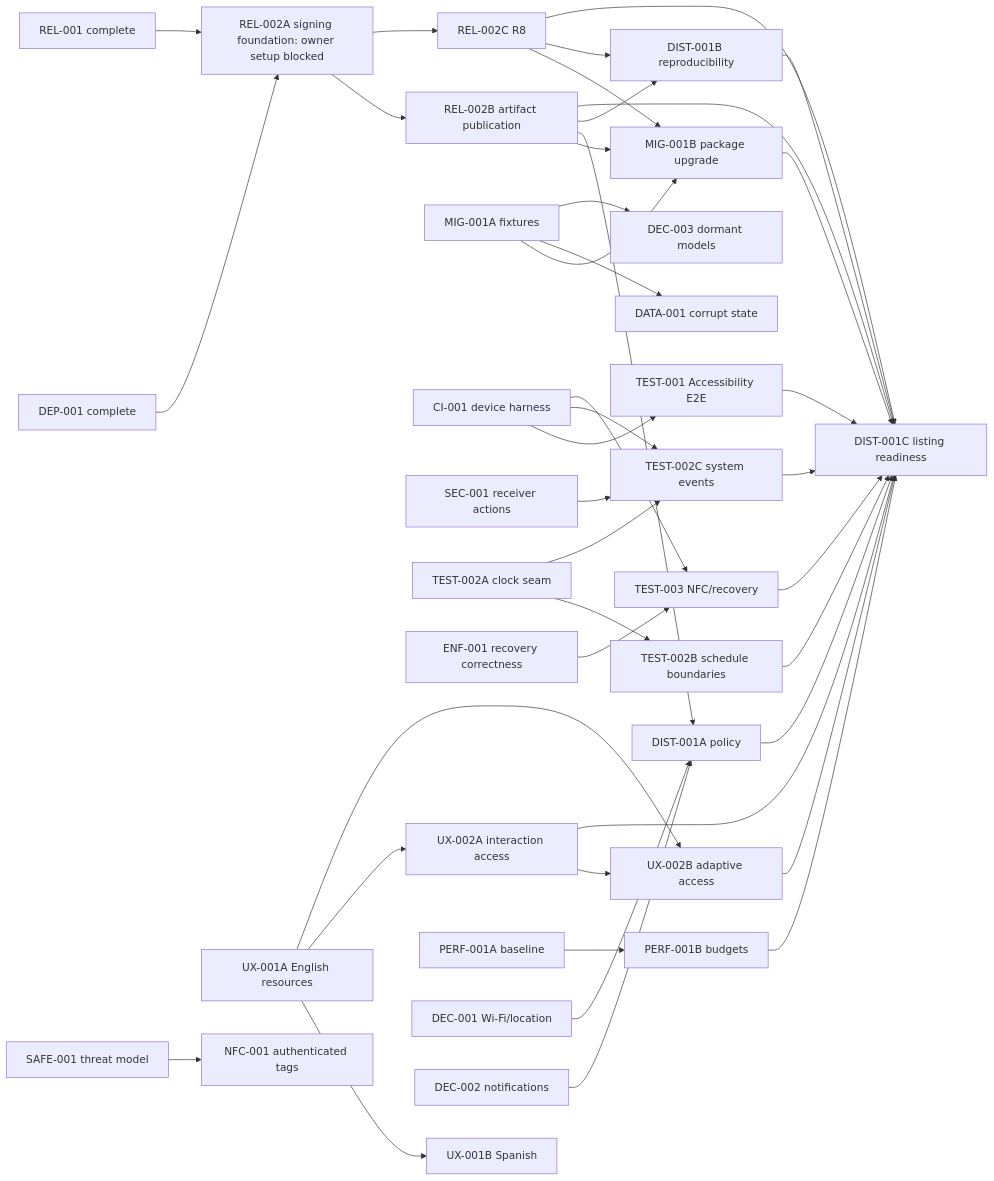
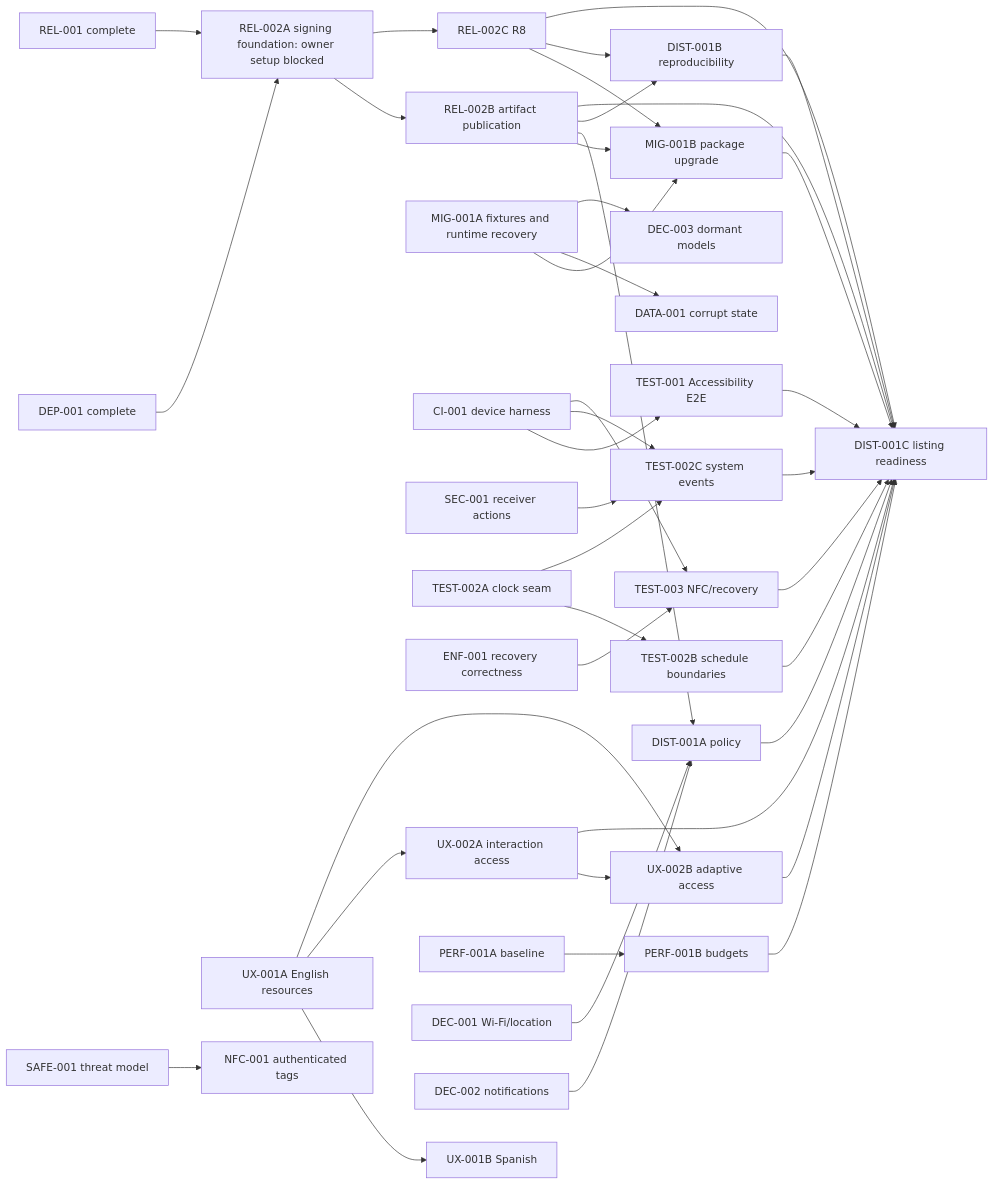
The diagram in docs/ROADMAP.md (mcasillas17/WebSnag), drawn with Mermaid before and after one commit. The commit also changed other lines of this file and 25 other files, not shown here.

````diff
--- a/docs/ROADMAP.md
+++ b/docs/ROADMAP.md
@@ -194,47 +196,47 @@
 ```mermaid
 flowchart LR
     DEP001["DEP-001 complete"] --> REL002A["REL-002A signing foundation: owner setup blocked"]
     REL001["REL-001 complete"] --> REL002A
     REL002A --> REL002B["REL-002B artifact publication"]
     REL002A --> REL002C["REL-002C R8"]
     REL002B --> MIG001B["MIG-001B package upgrade"]
     REL002C --> MIG001B
-    MIG001A["MIG-001A fixtures"] --> MIG001B
+    MIG001A["MIG-001A fixtures and runtime recovery"] --> MIG001B
     MIG001A --> DATA001["DATA-001 corrupt state"]
 
     CI001["CI-001 device harness"] --> TEST001["TEST-001 Accessibility E2E"]
     CI001 --> TEST002C["TEST-002C system events"]
     CI001 --> TEST003["TEST-003 NFC/recovery"]
     SEC001["SEC-001 receiver actions"] --> TEST002C
     TEST002A["TEST-002A clock seam"] --> TEST002B["TEST-002B schedule boundaries"]
     TEST002A --> TEST002C
     ENF001["ENF-001 recovery correctness"] --> TEST003
 
     UX001A["UX-001A English resources"] --> UX001B["UX-001B Spanish"]
     UX001A --> UX002A["UX-002A interaction access"]
     UX001A --> UX002B["UX-002B adaptive access"]
     UX002A --> UX002B
     PERF001A["PERF-001A baseline"] --> PERF001B["PERF-001B budgets"]
     MIG001A --> DEC003["DEC-003 dormant models"]
 
     DEC001["DEC-001 Wi-Fi/location"] --> DIST001A["DIST-001A policy"]
     DEC002["DEC-002 notifications"] --> DIST001A
     REL002B --> DIST001A
     REL002B --> DIST001B["DIST-001B reproducibility"]
     REL002C --> DIST001B
 
     REL002B --> DIST001C["DIST-001C listing readiness"]
     REL002C --> DIST001C
     MIG001B --> DIST001C
     TEST001 --> DIST001C
     TEST002B --> DIST001C
     TEST002C --> DIST001C
     TEST003 --> DIST001C
     UX002A --> DIST001C
     UX002B --> DIST001C
     PERF001B --> DIST001C
     DIST001A --> DIST001C
     DIST001B --> DIST001C
 
     SAFE001["SAFE-001 threat model"] --> NFC001["NFC-001 authenticated tags"]
 ```
````
